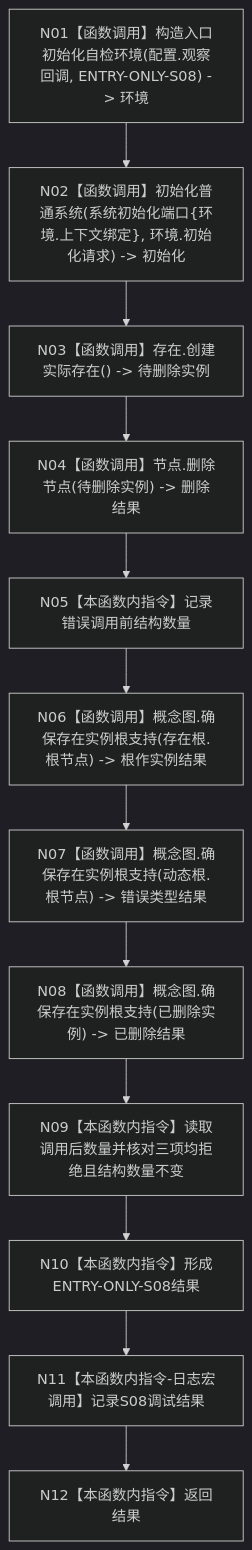
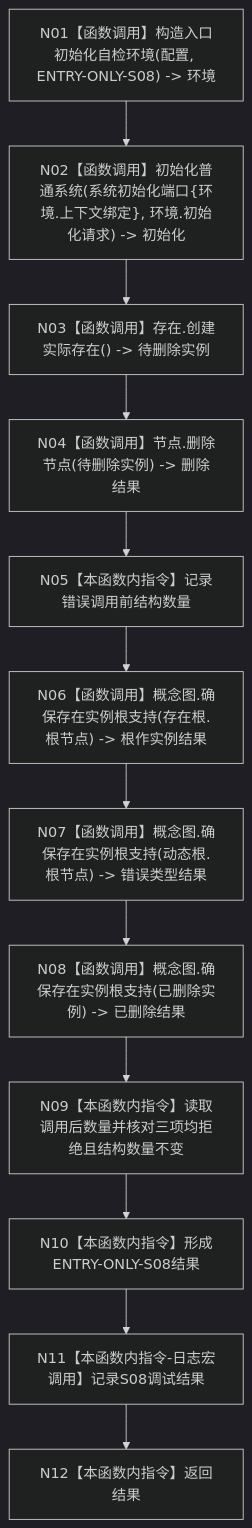
The diagram in 流程图/20260726_ENTRY-ONLY_S08_存在根支持拒绝_施工流程图_v0.1.md (chunhaizh-cyber/HY-Ego), drawn with Mermaid (dark theme) before and after one commit. The commit also changed other lines of this file and 51 other files, not shown here.

Commit message:
修订 ENTRY-ONLY 登记设计合同

````diff
--- a/流程图/20260726_ENTRY-ONLY_S08_存在根支持拒绝_施工流程图_v0.1.md
+++ b/流程图/20260726_ENTRY-ONLY_S08_存在根支持拒绝_施工流程图_v0.1.md
@@ -27,14 +27,14 @@
 ```mermaid
 flowchart TD
-    N01["N01【函数调用】构造入口初始化自检环境(配置.观察回调, ENTRY-ONLY-S08) -> 环境"] --> N02["N02【函数调用】初始化普通系统(系统初始化端口{环境.上下文绑定}, 环境.初始化请求) -> 初始化"]
+    N01["N01【函数调用】构造入口初始化自检环境(配置, ENTRY-ONLY-S08) -> 环境"] --> N02["N02【函数调用】初始化普通系统(系统初始化端口{环境.上下文绑定}, 环境.初始化请求) -> 初始化"]
     N02 --> N03["N03【函数调用】存在.创建实际存在() -> 待删除实例"]
     N03 --> N04["N04【函数调用】节点.删除节点(待删除实例) -> 删除结果"]
     N04 --> N05["N05【本函数内指令】记录错误调用前结构数量"]
     N05 --> N06["N06【函数调用】概念图.确保存在实例根支持(存在根.根节点) -> 根作实例结果"]
     N06 --> N07["N07【函数调用】概念图.确保存在实例根支持(动态根.根节点) -> 错误类型结果"]
     N07 --> N08["N08【函数调用】概念图.确保存在实例根支持(已删除实例) -> 已删除结果"]
     N08 --> N09["N09【本函数内指令】读取调用后数量并核对三项均拒绝且结构数量不变"]
     N09 --> N10["N10【本函数内指令】形成ENTRY-ONLY-S08结果"]
     N10 --> N11["N11【本函数内指令-日志宏调用】记录S08调试结果"]
     N11 --> N12["N12【本函数内指令】返回结果"]
 ```
````
